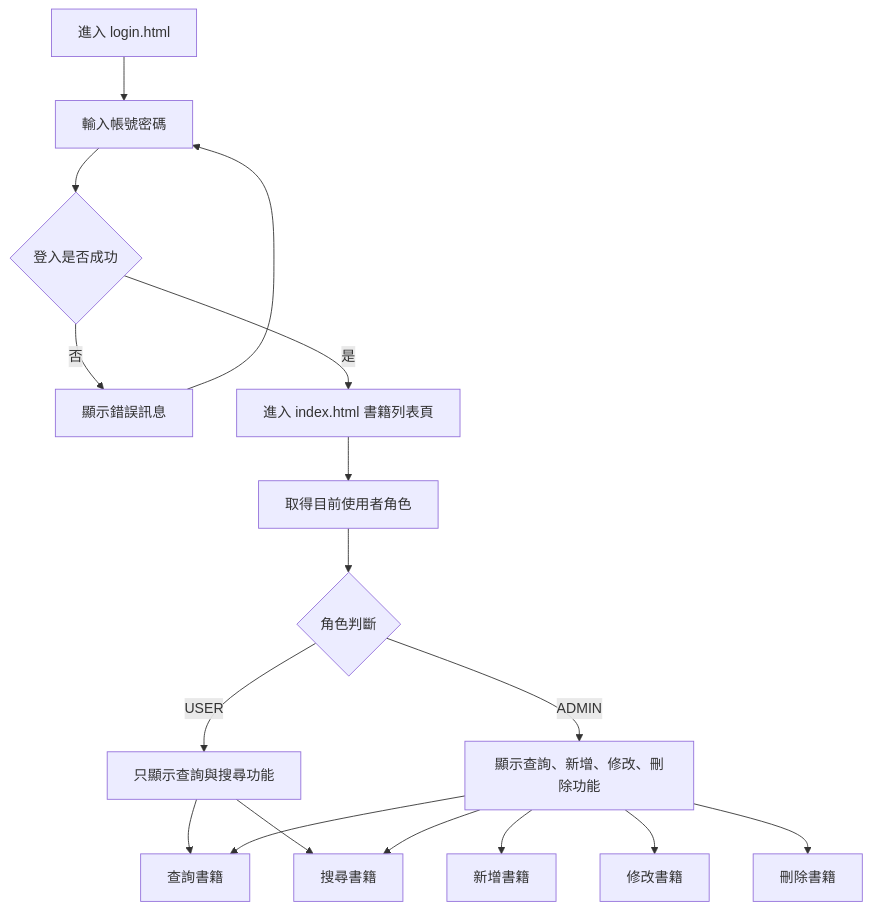
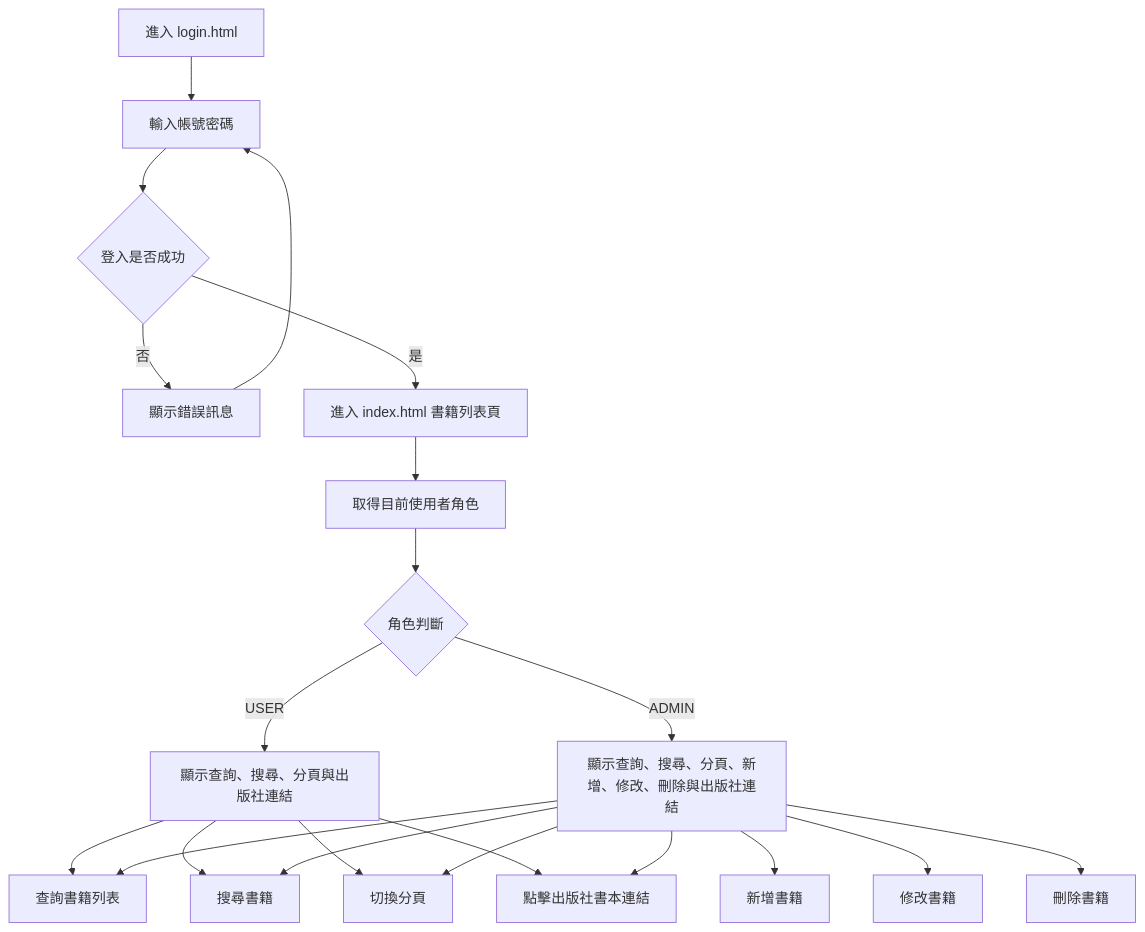
The fourth of 8 diagrams in docs/System_Design.md (fizz123123/Books-Ordering-System), drawn with Mermaid before and after one commit. The commit also changed other lines of this file, not shown here.

````diff
--- a/docs/System_Design.md
+++ b/docs/System_Design.md
@@ -809,24 +839,28 @@
 ```mermaid
 flowchart TD
     A[進入 login.html] --> B[輸入帳號密碼]
     B --> C{登入是否成功}
 
     C -->|否| D[顯示錯誤訊息]
     D --> B
 
     C -->|是| E[進入 index.html 書籍列表頁]
     E --> F[取得目前使用者角色]
     F --> G{角色判斷}
 
-    G -->|USER| H[只顯示查詢與搜尋功能]
-    G -->|ADMIN| I[顯示查詢、新增、修改、刪除功能]
+    G -->|USER| H[顯示查詢、搜尋、分頁與出版社連結]
+    G -->|ADMIN| I[顯示查詢、搜尋、分頁、新增、修改、刪除與出版社連結]
 
-    H --> J[查詢書籍]
+    H --> J[查詢書籍列表]
     H --> K[搜尋書籍]
+    H --> O[切換分頁]
+    H --> P[點擊出版社書本連結]
 
     I --> J
     I --> K
+    I --> O
+    I --> P
     I --> L[新增書籍]
     I --> M[修改書籍]
     I --> N[刪除書籍]
 ```
````
